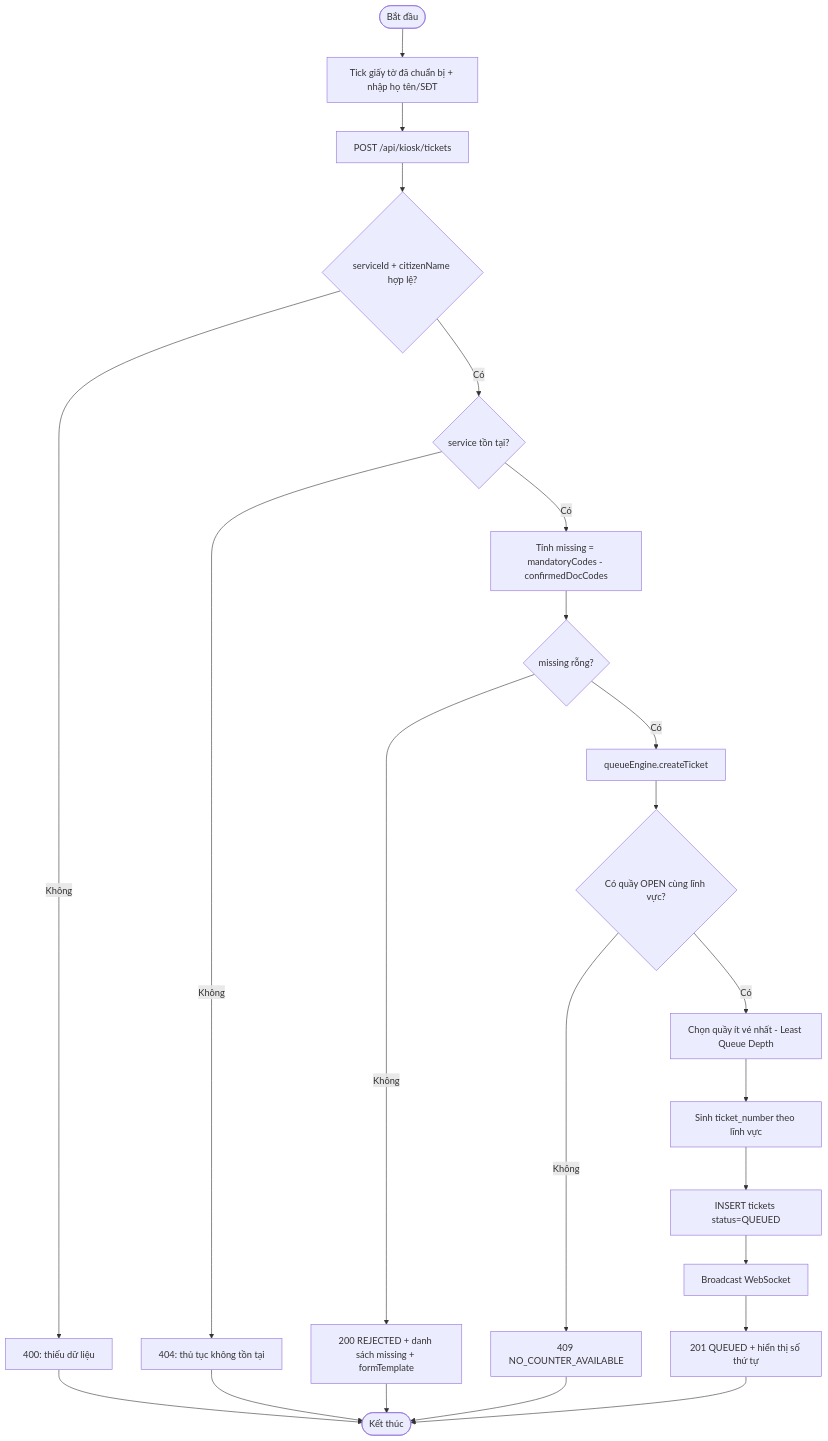
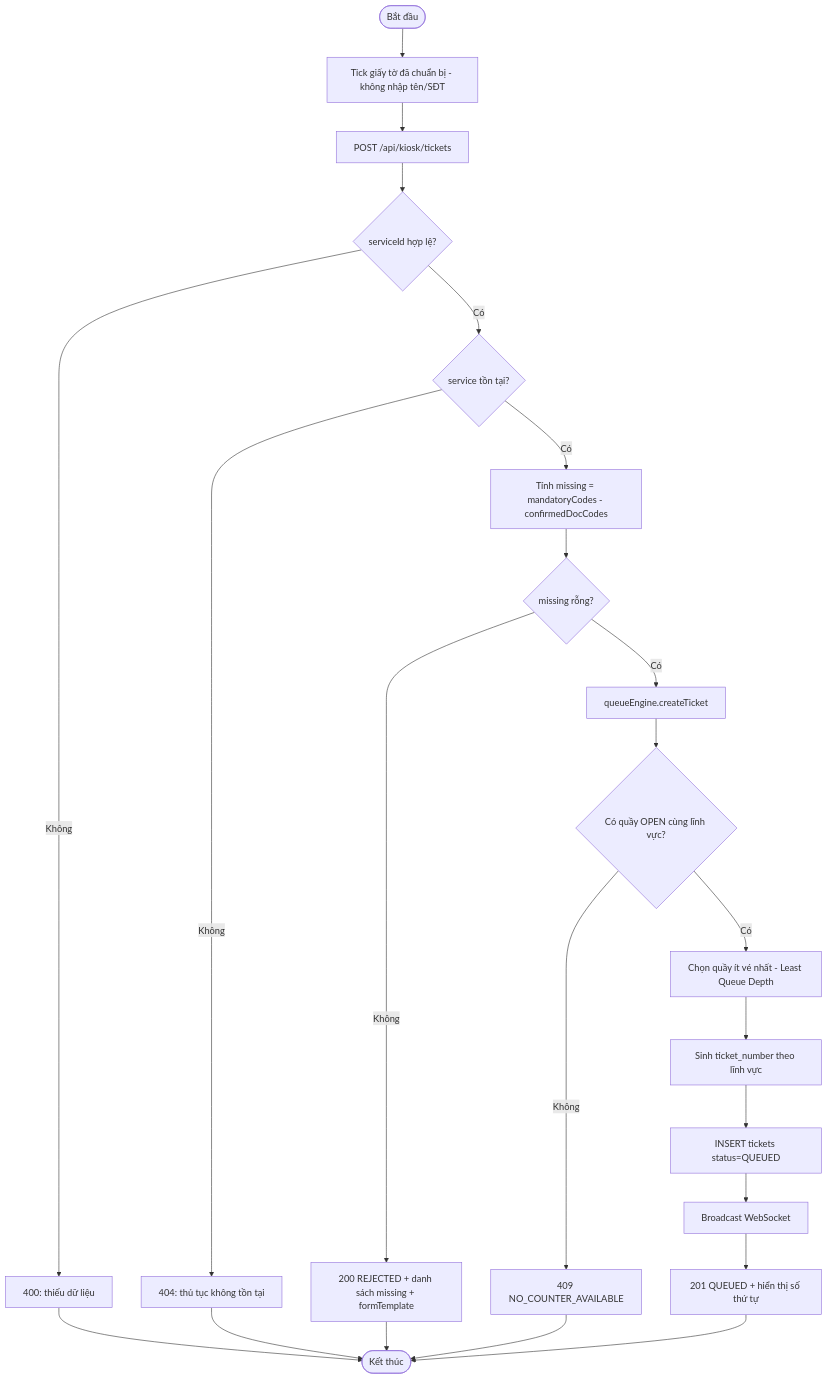
Before and after one commit to nam25msa13253-png/demotrangweb: the fifth of 14 diagrams in docs/usecases/02-Kiosk-CongDan.md, drawn with Mermaid. The commit also changed other lines of this file and 60 other files, not shown here.

````diff
--- a/docs/usecases/02-Kiosk-CongDan.md
+++ b/docs/usecases/02-Kiosk-CongDan.md
@@ -206,25 +206,25 @@
 ```mermaid
 flowchart TD
-    A([Bắt đầu]) --> B[Tick giấy tờ đã chuẩn bị + nhập họ tên/SĐT]
+    A([Bắt đầu]) --> B[Tick giấy tờ đã chuẩn bị - không nhập tên/SĐT]
     B --> C[POST /api/kiosk/tickets]
-    C --> D{serviceId + citizenName hợp lệ?}
+    C --> D{serviceId hợp lệ?}
     D -- Không --> Z1[400: thiếu dữ liệu]
     D -- Có --> E{service tồn tại?}
     E -- Không --> Z2[404: thủ tục không tồn tại]
     E -- Có --> F[Tính missing = mandatoryCodes - confirmedDocCodes]
     F --> G{missing rỗng?}
     G -- Không --> Z3[200 REJECTED + danh sách missing + formTemplate]
     G -- Có --> H[queueEngine.createTicket]
     H --> I{Có quầy OPEN cùng lĩnh vực?}
     I -- Không --> Z4[409 NO_COUNTER_AVAILABLE]
     I -- Có --> J[Chọn quầy ít vé nhất - Least Queue Depth]
     J --> K[Sinh ticket_number theo lĩnh vực]
     K --> L[INSERT tickets status=QUEUED]
     L --> M[Broadcast WebSocket]
     M --> N[201 QUEUED + hiển thị số thứ tự]
     Z1 --> O([Kết thúc])
     Z2 --> O
     Z3 --> O
     Z4 --> O
     N --> O
 ```
````
